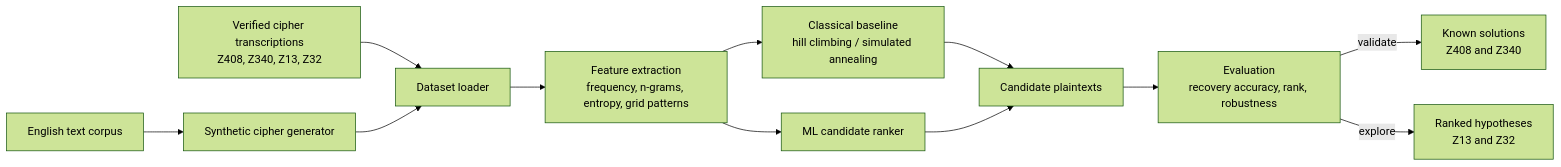
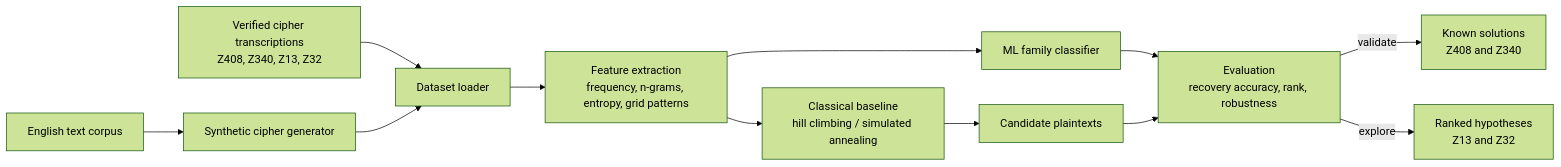
The diagram in docs/architecture.md (taufiq0205/zodiac-cipher-analysis), drawn with Mermaid (forest theme) before and after one commit. The commit also changed 7 other files, not shown here.

````diff
--- a/docs/architecture.md
+++ b/docs/architecture.md
@@ -3,17 +3,17 @@
 ```mermaid
 flowchart LR
     A[Verified cipher transcriptions<br/>Z408, Z340, Z13, Z32] --> C[Dataset loader]
     B[English text corpus] --> D[Synthetic cipher generator]
     D --> C
 
     C --> E[Feature extraction<br/>frequency, n-grams, entropy, grid patterns]
     E --> F[Classical baseline<br/>hill climbing / simulated annealing]
-    E --> G[ML candidate ranker]
+    E --> G[ML family classifier]
 
     F --> H[Candidate plaintexts]
-    G --> H
+    G --> I
     H --> I[Evaluation<br/>recovery accuracy, rank, robustness]
 
     I -->|validate| J[Known solutions<br/>Z408 and Z340]
     I -->|explore| K[Ranked hypotheses<br/>Z13 and Z32]
 ```
````
